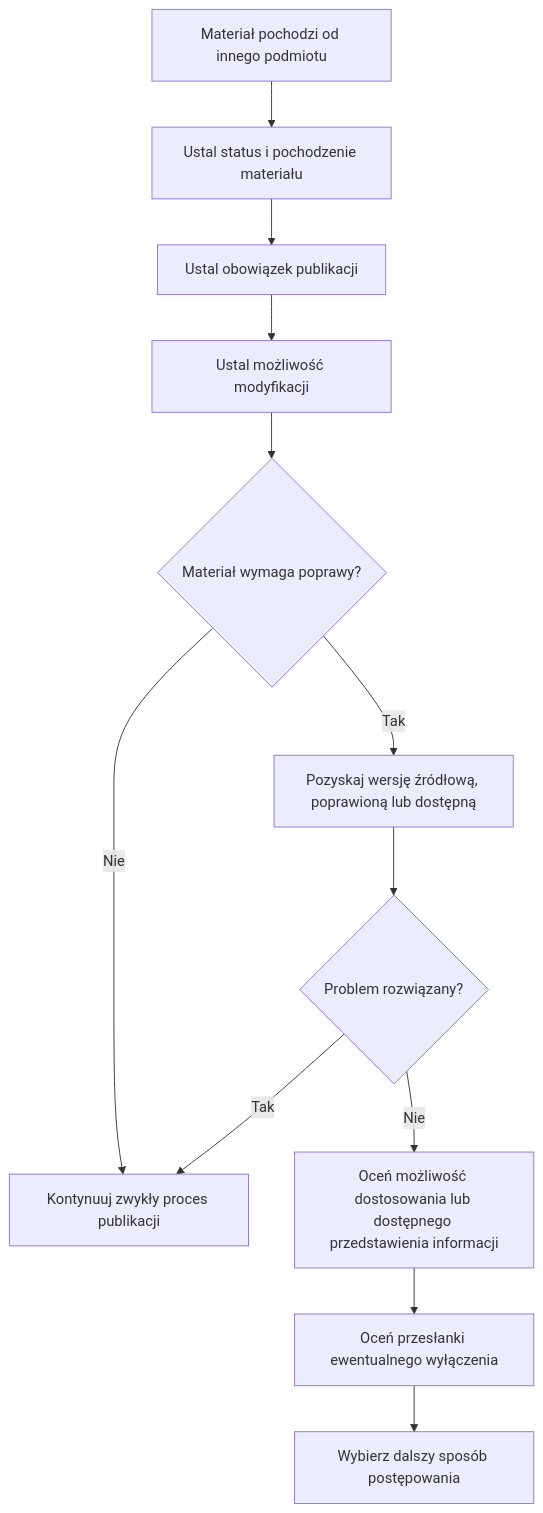
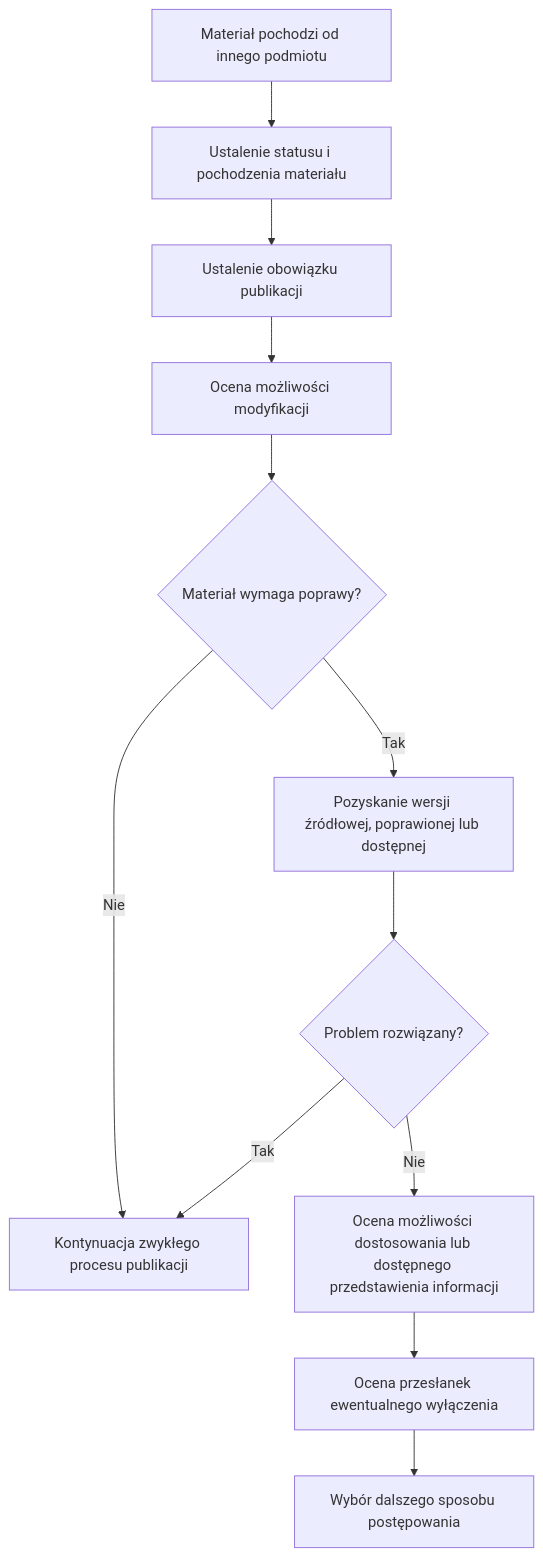
One commit to Siec-Dostepnosci-Cyfrowej/sdc changed the diagram in documentation/docs/komunikacja/tresci-od-innych-podmiotow/procedura-postepowania-z-materialem-zewnetrznym.md. Above: the diagram before and after it, drawn with Mermaid. The commit also changed other lines of this file, not shown here.

````diff
--- a/documentation/docs/komunikacja/tresci-od-innych-podmiotow/procedura-postepowania-z-materialem-zewnetrznym.md
+++ b/documentation/docs/komunikacja/tresci-od-innych-podmiotow/procedura-postepowania-z-materialem-zewnetrznym.md
@@ -17,14 +17,14 @@
 ```mermaid
 flowchart TD
-    A["Materiał pochodzi od innego podmiotu"] --> B["Ustal status i pochodzenie materiału"]
-    B --> C["Ustal obowiązek publikacji"]
-    C --> D["Ustal możliwość modyfikacji"]
+    A["Materiał pochodzi od innego podmiotu"] --> B["Ustalenie statusu i pochodzenia materiału"]
+    B --> C["Ustalenie obowiązku publikacji"]
+    C --> D["Ocena możliwości modyfikacji"]
     D --> E{"Materiał wymaga poprawy?"}
-    E -->|Nie| J["Kontynuuj zwykły proces publikacji"]
-    E -->|Tak| F["Pozyskaj wersję źródłową, poprawioną lub dostępną"]
+    E -->|Nie| J["Kontynuacja zwykłego procesu publikacji"]
+    E -->|Tak| F["Pozyskanie wersji źródłowej, poprawionej lub dostępnej"]
     F --> G{"Problem rozwiązany?"}
     G -->|Tak| J
-    G -->|Nie| H["Oceń możliwość dostosowania lub dostępnego przedstawienia informacji"]
-    H --> I["Oceń przesłanki ewentualnego wyłączenia"]
-    I --> K["Wybierz dalszy sposób postępowania"]
+    G -->|Nie| H["Ocena możliwości dostosowania lub dostępnego przedstawienia informacji"]
+    H --> I["Ocena przesłanek ewentualnego wyłączenia"]
+    I --> K["Wybór dalszego sposobu postępowania"]
 ```
````
